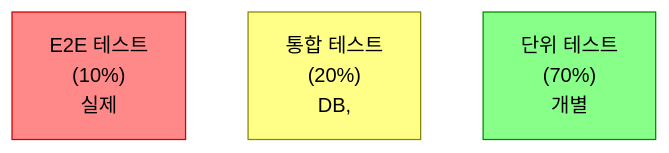
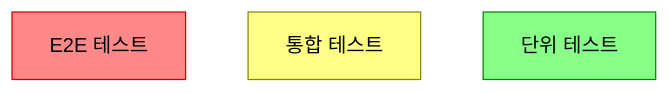
One commit to yjkim2015/yjkim2015.github.io changed the second of 2 diagrams in _posts/test/2026-05-02-tdd-guide.md. Above: the diagram before and after it, drawn with Mermaid (neutral theme). The commit also changed other lines of this file and 217 other files, not shown here.

First line of the commit message:
Mermaid 크기 수정: useMaxWidth:true + SVG max-width:100% + 라벨 축소

````diff
--- a/_posts/test/2026-05-02-tdd-guide.md
+++ b/_posts/test/2026-05-02-tdd-guide.md
@@ -201,9 +201,9 @@
 ```mermaid
 graph TD
-    E2E["E2E 테스트\n(10%)\n실제"]
-    Integration["통합 테스트\n(20%)\nDB,"]
-    Unit["단위 테스트\n(70%)\n개별"]
+    E2E["E2E 테스트"]
+    Integration["통합 테스트"]
+    Unit["단위 테스트"]
     style E2E fill:#f88,stroke:#c00,color:#000
     style Integration fill:#ff8,stroke:#880,color:#000
     style Unit fill:#8f8,stroke:#080,color:#000
 ```
````
